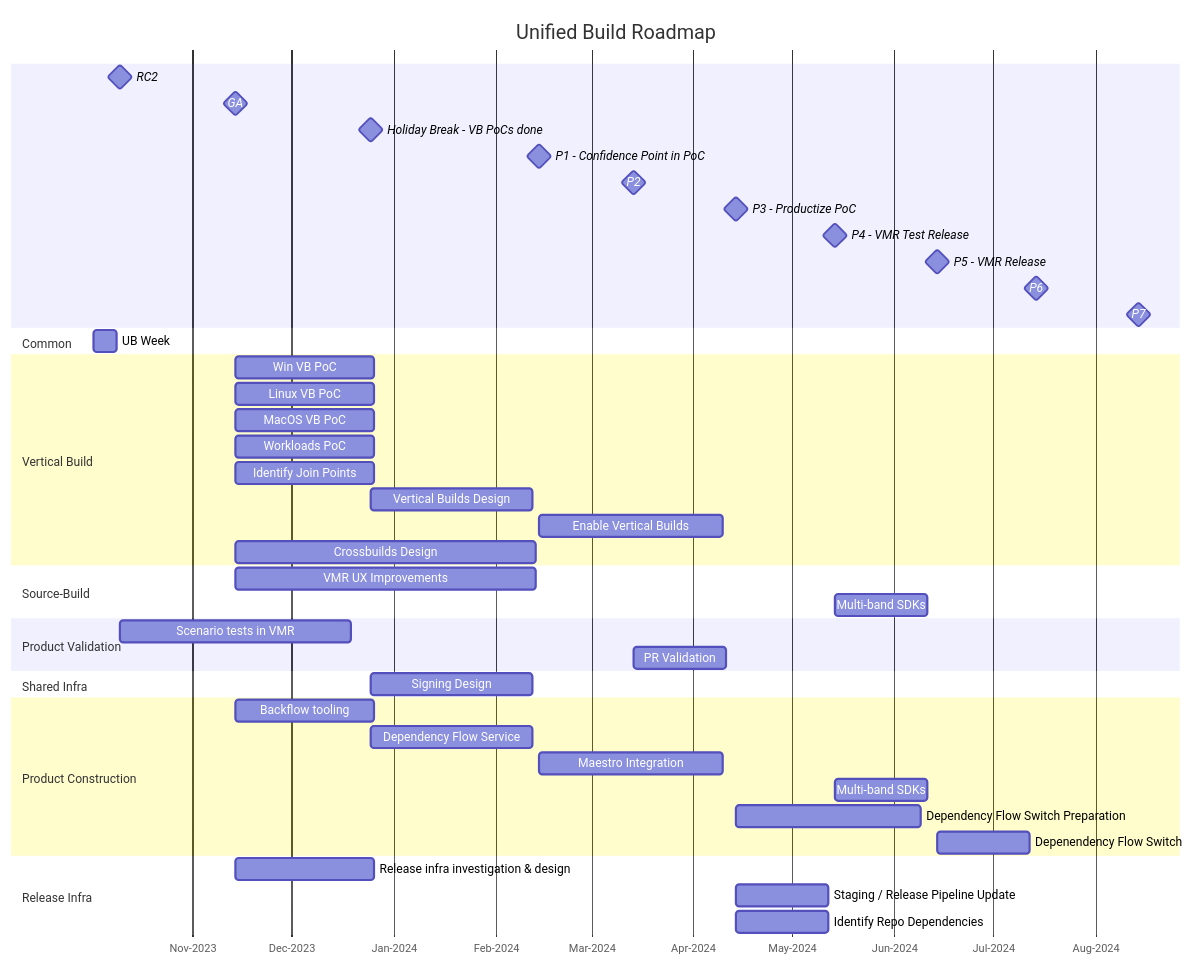
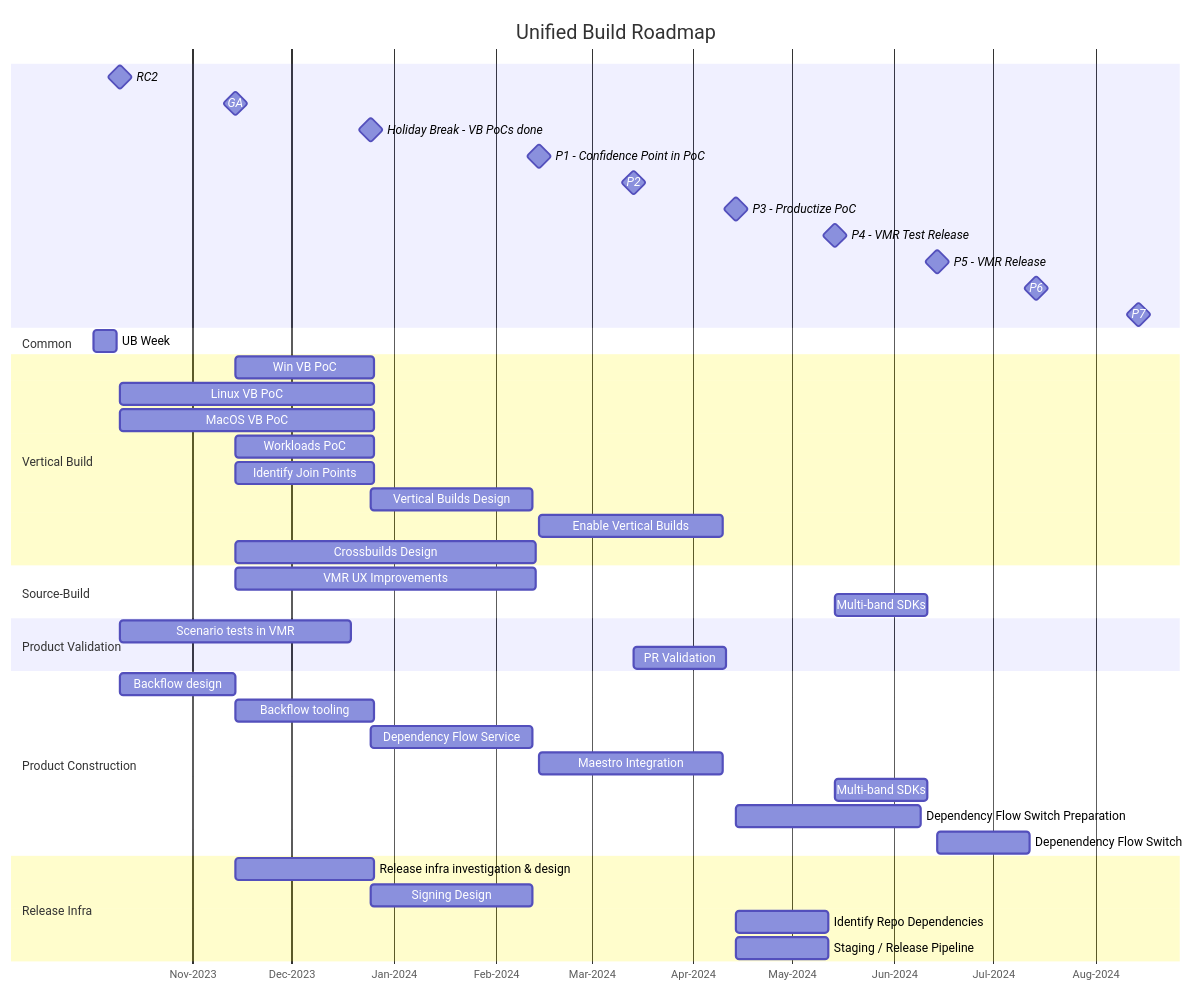
Before and after one commit to dotnet/arcade: the diagram in Documentation/UnifiedBuild/UB-Roadmap-Gantt.md, drawn with Mermaid. The commit also changed other lines of this file, not shown here.

````diff
--- a/Documentation/UnifiedBuild/UB-Roadmap-Gantt.md
+++ b/Documentation/UnifiedBuild/UB-Roadmap-Gantt.md
@@ -3,53 +3,53 @@
 ```mermaid
 gantt
     title Unified Build Roadmap
     axisFormat %b-%Y
     RC2: milestone, net8-rc2, 2023-10-10, 0
     GA: milestone, net8-ga, 2023-11-14, 0
     Holiday Break - VB PoCs done: milestone, holiday, 2023-12-25, 0
     %% delta between Holiday and P1 is 7w
     P1 - Confidence Point in PoC: milestone, net9-p1, 2024-02-14, 0
     P2: milestone, net9-p2, 2024-03-14, 0
     P3 - Productize PoC: milestone, net9-p3, 2024-04-14, 0
     P4 - VMR Test Release: milestone, net9-p4, 2024-05-14, 0
     P5 - VMR Release: milestone, net9-p5, 2024-06-14, 0
     P6: milestone, net9-p6, 2024-07-14, 0
     P7: milestone, net9-p7, 2024-08-14, 0
  
     section Common
         UB Week: ub-week, 2023-10-02, 1w
 
     section Vertical Build
         Win VB PoC: after net8-ga, 6w
-        Linux VB PoC: after net8-ga, 6w
-        MacOS VB PoC: after net8-ga, 6w
+        Linux VB PoC: after net8-rc2, 11w
+        MacOS VB PoC: after net8-rc2, 11w
         Workloads PoC: after net8-ga, 6w
         Identify Join Points: after net8-ga, 6w
         Vertical Builds Design: after holiday, 7w
         Enable Vertical Builds: after net9-p1, 8w
         Crossbuilds Design: after net8-ga, 13w
 
     section Source-Build
         VMR UX Improvements: after net8-ga, 13w
         Multi-band SDKs: after net9-p4, 4w
 
     section Product Validation
         Scenario tests in VMR: after net8-rc2, 10w
         PR Validation: after net9-p2, 4w
 
-    section Shared Infra
-        Signing Design: after holiday, 7w
-
     section Product Construction
+        Backflow design: after net8-rc2, 5w
         Backflow tooling: after net8-ga, 6w
         Dependency Flow Service: after holiday, 7w
         Maestro Integration: after net9-p1, 8w
+
         Multi-band SDKs: after net9-p4, 4w
         Dependency Flow Switch Preparation: after net9-p3, 8w
         Depenendency Flow Switch: after net9-p5, 4w
 
     section Release Infra
         Release infra investigation & design: after net8-ga, 6w
-        Staging / Release Pipeline Update: after net9-p3, 4w
+        Signing Design: after holiday, 7w
         Identify Repo Dependencies: after net9-p3, 4w
+        Staging / Release Pipeline: after net9-p3, 4w
 ```
````
